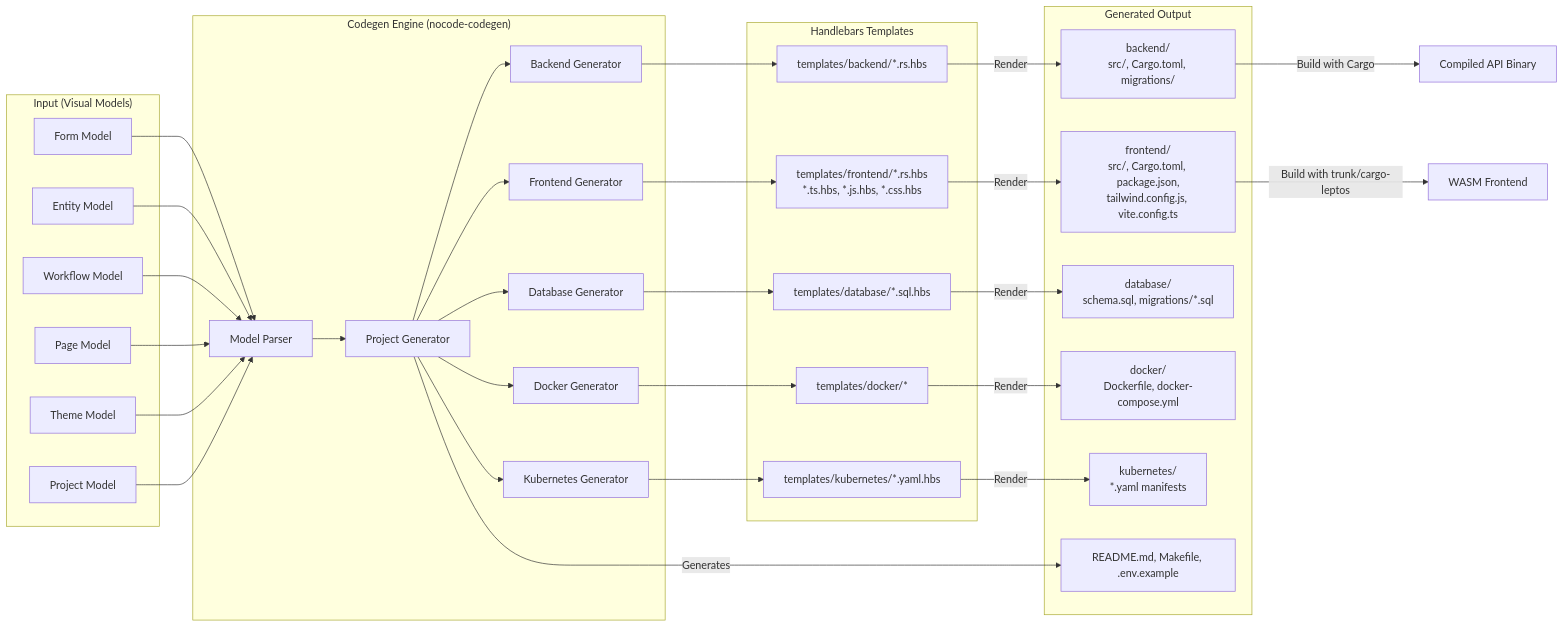
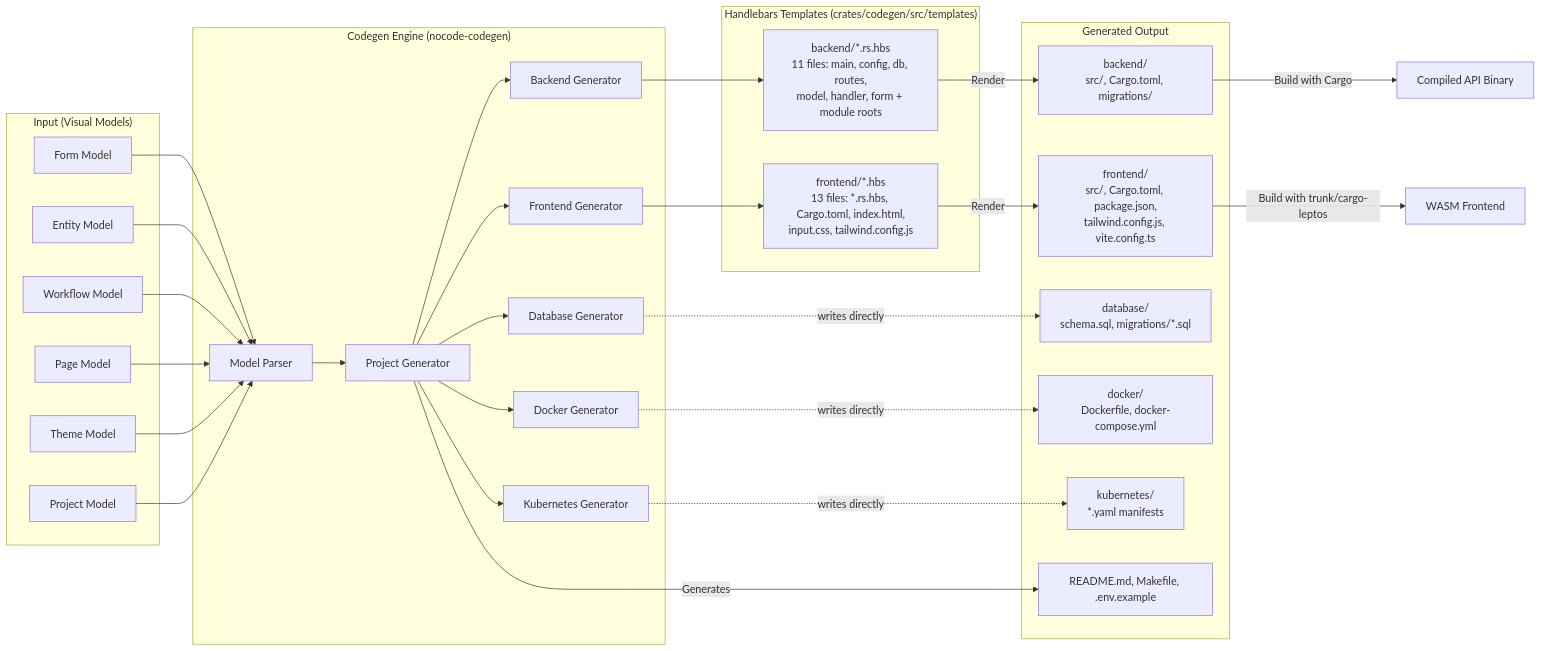
Before and after one commit to harrysuke/Bonafoid: the fifth of 16 diagrams in docs/System Architecture Diagrams.md, drawn with Mermaid. The commit also changed other lines of this file and 16 other files, not shown here.

````diff
--- a/docs/System Architecture Diagrams.md
+++ b/docs/System Architecture Diagrams.md
@@ -269,68 +266,65 @@
 ```mermaid
 flowchart LR
     subgraph "Input (Visual Models)"
         FormModel["Form Model"]
         EntityModel["Entity Model"]
         WorkflowModel["Workflow Model"]
         PageModel["Page Model"]
         ThemeModel["Theme Model"]
         ProjectModel["Project Model"]
     end
     
     subgraph "Codegen Engine (nocode-codegen)"
         Parser["Model Parser"]
         ProjectGen["Project Generator"]
         BackendGen["Backend Generator"]
         FrontendGen["Frontend Generator"]
         DatabaseGen["Database Generator"]
         DockerGen["Docker Generator"]
         K8sGen["Kubernetes Generator"]
     end
     
-    subgraph "Handlebars Templates"
-        TBackend["templates/backend/*.rs.hbs"]
-        TFrontend["templates/frontend/*.rs.hbs<br/>*.ts.hbs, *.js.hbs, *.css.hbs"]
-        TDB["templates/database/*.sql.hbs"]
-        TDocker["templates/docker/*"]
-        TK8s["templates/kubernetes/*.yaml.hbs"]
+    subgraph "Handlebars Templates (crates/codegen/src/templates)"
+        TBackend["backend/*.rs.hbs<br/>11 files: main, config, db, routes,<br/>model, handler, form + module roots"]
+        TFrontend["frontend/*.hbs<br/>13 files: *.rs.hbs, Cargo.toml, index.html,<br/>input.css, tailwind.config.js"]
     end
     
     subgraph "Generated Output"
         OutBackend["backend/<br/>src/, Cargo.toml, migrations/"]
         OutFrontend["frontend/<br/>src/, Cargo.toml, package.json,<br/>tailwind.config.js, vite.config.ts"]
         OutDB["database/<br/>schema.sql, migrations/*.sql"]
         OutDocker["docker/<br/>Dockerfile, docker-compose.yml"]
         OutK8s["kubernetes/<br/>*.yaml manifests"]
         OutDocs["README.md, Makefile, .env.example"]
     end
     
     FormModel --> Parser
     EntityModel --> Parser
     WorkflowModel --> Parser
     PageModel --> Parser
     ThemeModel --> Parser
     ProjectModel --> Parser
     
     Parser --> ProjectGen
     ProjectGen --> BackendGen
     ProjectGen --> FrontendGen
     ProjectGen --> DatabaseGen
     ProjectGen --> DockerGen
     ProjectGen --> K8sGen
     
     BackendGen --> TBackend
     FrontendGen --> TFrontend
-    DatabaseGen --> TDB
-    DockerGen --> TDocker
-    K8sGen --> TK8s
+    %% Database, Docker and Kubernetes artifacts are written by Rust code
+    %% (database.rs, targets.rs), not by templates — there is no
+    %% templates/database, templates/docker or templates/kubernetes directory.
+    DatabaseGen -.->|writes directly| OutDB
+    DockerGen -.->|writes directly| OutDocker
+    K8sGen -.->|writes directly| OutK8s
     
     TBackend -->|Render| OutBackend
     TFrontend -->|Render| OutFrontend
-    TDB -->|Render| OutDB
-    TDocker -->|Render| OutDocker
-    TK8s -->|Render| OutK8s
     ProjectGen -->|Generates| OutDocs
     
     OutBackend -->|Build with Cargo| CompiledAPI["Compiled API Binary"]
     OutFrontend -->|Build with trunk/cargo-leptos| WASMBundle["WASM Frontend"]
 ```
````
